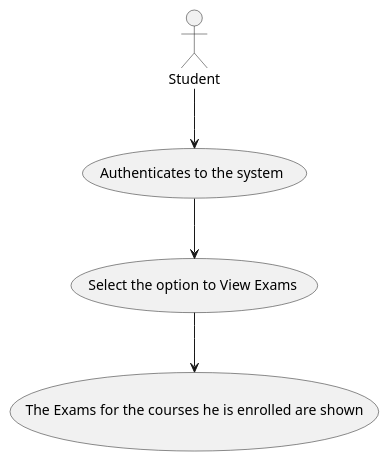
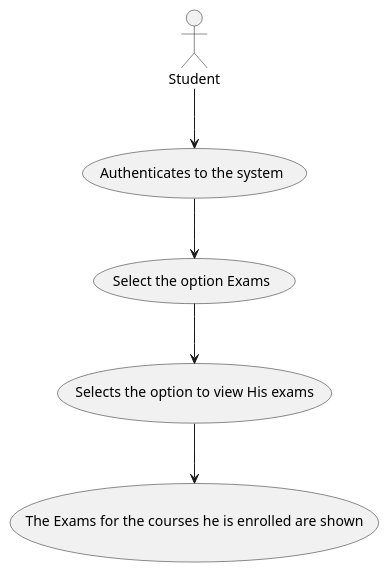
The diagram in docs/SPRINT B/US2002 - List My Exams/US2002-UCD.puml (mascenso/isep-sem4-lapr4), drawn with PlantUML before and after one commit. The commit also changed 9 other files, not shown here.

```diff
--- a/docs/SPRINT B/US2002 - List My Exams/US2002-UCD.puml
+++ b/docs/SPRINT B/US2002 - List My Exams/US2002-UCD.puml
@@ -1,11 +1,12 @@
 @startuml
 'https://plantuml.com/use-case-diagram
 
 
 actor Student
     Student -down-> (Authenticates to the system)
-    (Authenticates to the system) --> (Select the option to View Exams)
-    (Select the option to View Exams) --> (The Exams for the courses he is enrolled are shown)
+    (Authenticates to the system) --> (Select the option Exams)
+    (Select the option Exams) --> (Selects the option to view His exams)
+    (Selects the option to view His exams) --> (The Exams for the courses he is enrolled are shown)
 
 
 @enduml
```
